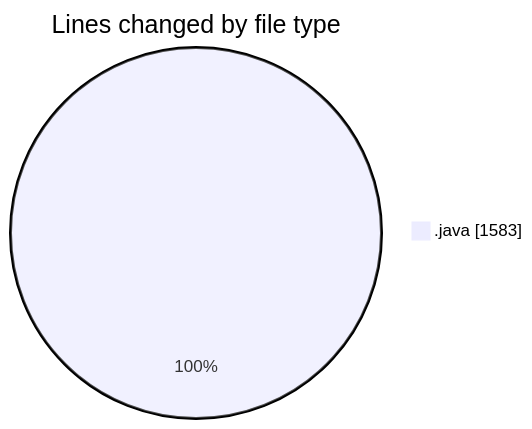
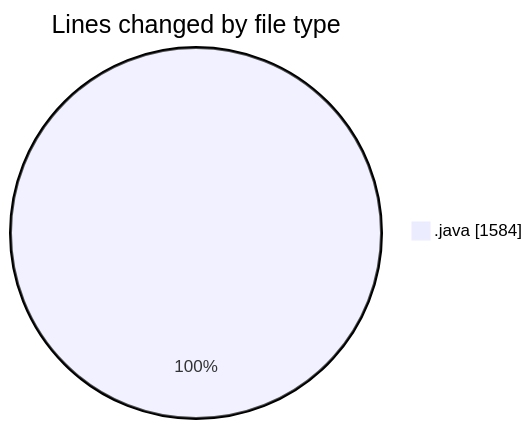
The first of 2 diagrams in 2026-04-13/cilapp/README.md (ricardozamudiocil/code-tracking), drawn with Mermaid before and after one commit. The commit also changed other lines of this file and 1 other file, not shown here.

````diff
--- a/2026-04-13/cilapp/README.md
+++ b/2026-04-13/cilapp/README.md
@@ -26,5 +26,5 @@
 ```mermaid
 pie showData
 title Lines changed by file type
-".java" : 1583
+".java" : 1584
 ```
````
